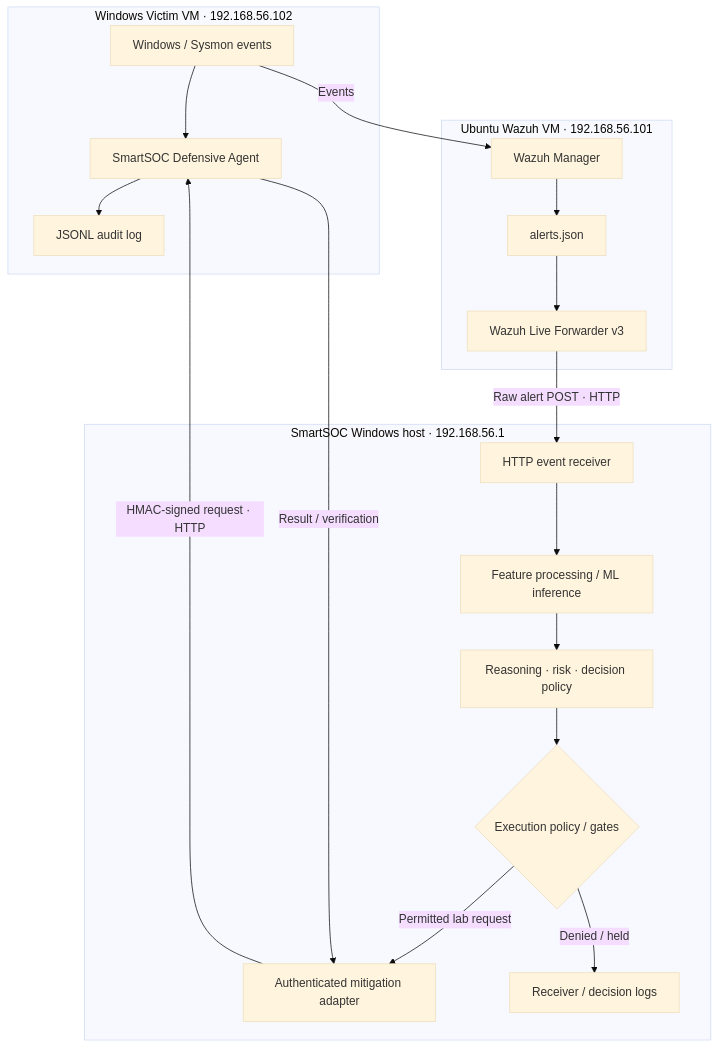
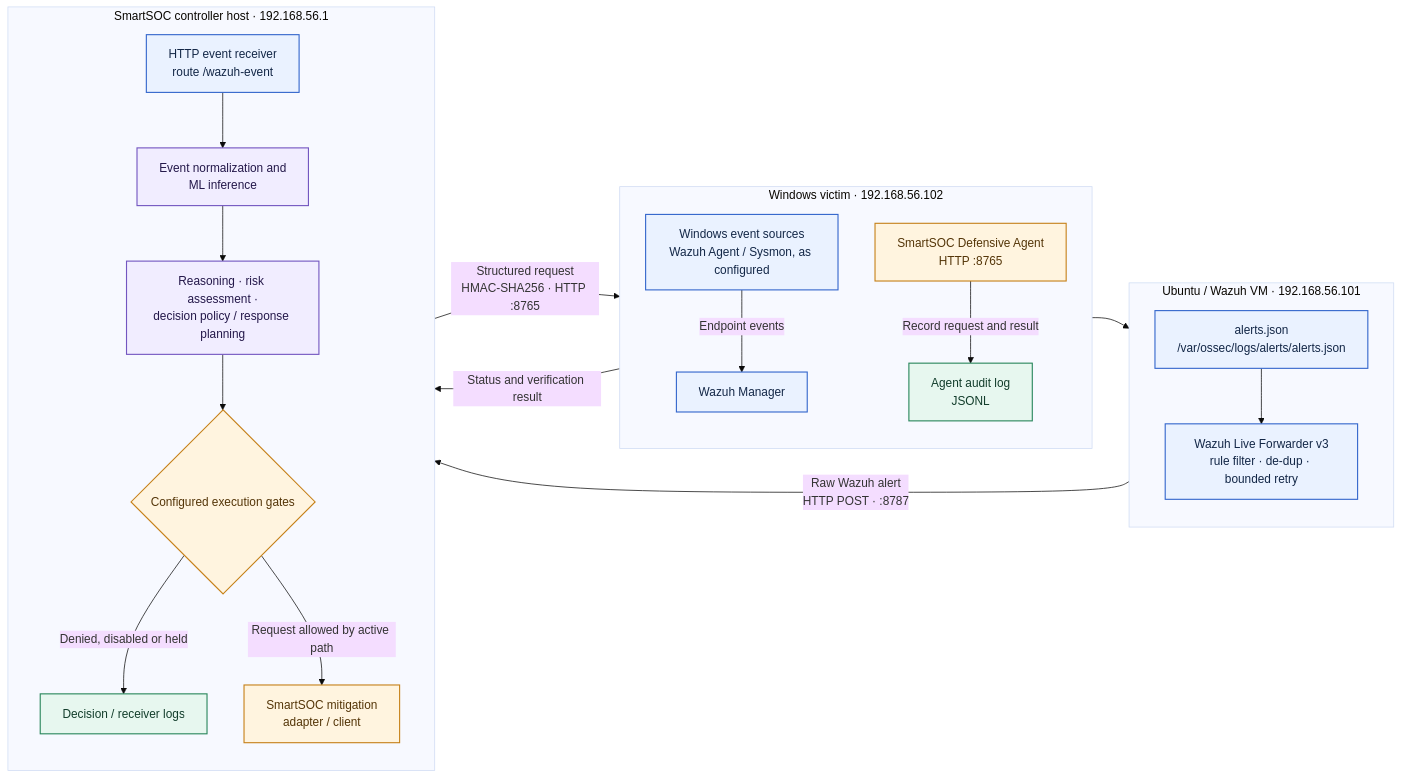
Before and after one commit to Atharv1015/SmartSOC-AI: the first of 2 diagrams in README.md, drawn with Mermaid (base theme). The commit also changed other lines of this file, not shown here.

Commit message:
Improve README architecture and project documentation

````diff
--- a/README.md
+++ b/README.md
@@ -55,34 +64,45 @@
 ```mermaid
-flowchart TB
-    subgraph VICTIM["Windows Victim VM · 192.168.56.102"]
-        WIN["Windows / Sysmon events"]
-        AGENT["SmartSOC Defensive Agent"]
-        AUDIT["JSONL audit log"]
-        WIN --> AGENT
-        AGENT --> AUDIT
-    end
+flowchart LR
+  subgraph VICTIM["Windows victim · 192.168.56.102"]
+    direction TB
+    SYS["Windows event sources<br/>Wazuh Agent / Sysmon, as configured"]
+    AGENT["SmartSOC Defensive Agent<br/>HTTP :8765"]
+    AUDIT["Agent audit log<br/>JSONL"]
+    SYS -->|Endpoint events| WAZUH
+    AGENT -->|Record request and result| AUDIT
+  end
 
-    subgraph UBUNTU["Ubuntu Wazuh VM · 192.168.56.101"]
-        WAZUH["Wazuh Manager"]
-        ALERTS["alerts.json"]
-        FWD["Wazuh Live Forwarder v3"]
-        WAZUH --> ALERTS --> FWD
-    end
+  subgraph UBUNTU["Ubuntu / Wazuh VM · 192.168.56.101"]
+    direction TB
+    WAZUH["Wazuh Manager"]
+    ALERTS["alerts.json<br/>/var/ossec/logs/alerts/alerts.json"]
+    FWD["Wazuh Live Forwarder v3<br/>rule filter · de-dup · bounded retry"]
+    WAZUH --> ALERTS --> FWD
+  end
 
-    subgraph HOST["SmartSOC Windows host · 192.168.56.1"]
-        RX["HTTP event receiver"]
-        INF["Feature processing / ML inference"]
-        DEC["Reasoning · risk · decision policy"]
-        GATE{"Execution policy / gates"}
-        ADAPTER["Authenticated mitigation adapter"]
-        LOG["Receiver / decision logs"]
-        RX --> INF --> DEC --> GATE
-        GATE -->|Denied / held| LOG
-        GATE -->|Permitted lab request| ADAPTER
-    end
+  subgraph HOST["SmartSOC controller host · 192.168.56.1"]
+    direction TB
+    RX["HTTP event receiver<br/>route /wazuh-event"]
+    ANALYZE["Event normalization and<br/>ML inference"]
+    DECIDE["Reasoning · risk assessment ·<br/>decision policy / response planning"]
+    GATE{"Configured execution gates"}
+    RECORD["Decision / receiver logs"]
+    CLIENT["SmartSOC mitigation<br/>adapter / client"]
+    RX --> ANALYZE --> DECIDE --> GATE
+    GATE -->|Denied, disabled or held| RECORD
+    GATE -->|Request allowed by active path| CLIENT
+  end
 
-    WIN -->|Events| WAZUH
-    FWD -->|Raw alert POST · HTTP| RX
-    ADAPTER -->|HMAC-signed request · HTTP| AGENT
-    AGENT -->|Result / verification| ADAPTER
+  FWD -->|Raw Wazuh alert<br/>HTTP POST · :8787| RX
+  CLIENT -->|Structured request<br/>HMAC-SHA256 · HTTP :8765| AGENT
+  AGENT -->|Status and verification result| CLIENT
+
+  classDef telemetry fill:#EAF2FF,stroke:#3366CC,color:#132747,stroke-width:1.5px;
+  classDef analysis fill:#F1EDFF,stroke:#7356C0,color:#24184A,stroke-width:1.5px;
+  classDef control fill:#FFF4DF,stroke:#C68119,color:#543508,stroke-width:1.5px;
+  classDef audit fill:#E7F7EF,stroke:#28865B,color:#123D2B,stroke-width:1.5px;
+  class SYS,WAZUH,ALERTS,FWD,RX telemetry;
+  class ANALYZE,DECIDE analysis;
+  class GATE,CLIENT,AGENT control;
+  class AUDIT,RECORD audit;
 ```
````
